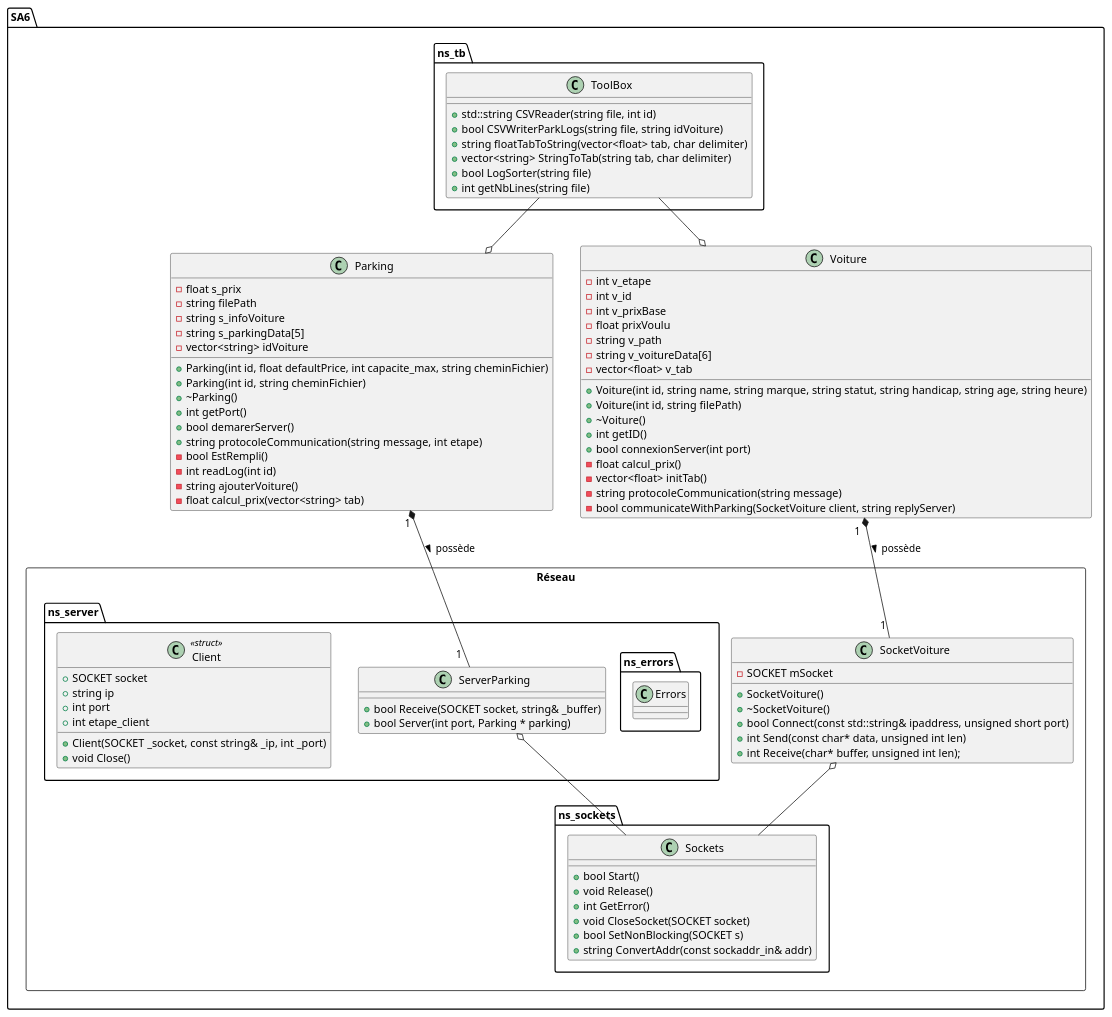
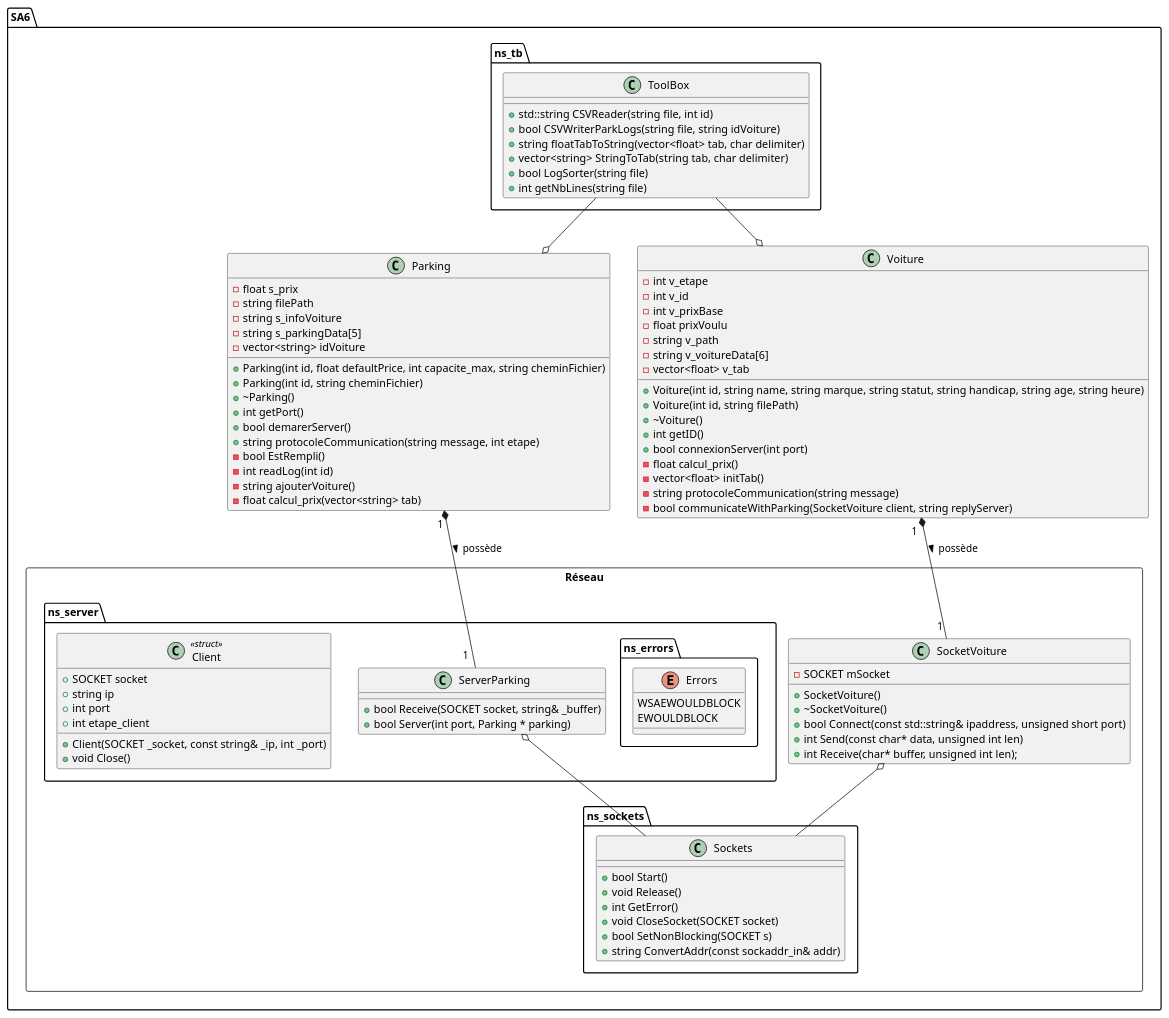
Before and after one commit to KevinFroissart/SA6_CarPark_AI: the diagram in SA6/doc/uml.plantuml, drawn with PlantUML. The commit also changed 2 other files, not shown here.

Commit message:
update uml

```diff
--- a/SA6/doc/uml.plantuml
+++ b/SA6/doc/uml.plantuml
@@ -1,115 +1,116 @@
 @startuml SA6_uml
 
 package SA6 {
 
     package ns_tb {
         class ToolBox {
             + std::string CSVReader(string file, int id)
             + bool CSVWriterParkLogs(string file, string idVoiture)
             + string floatTabToString(vector<float> tab, char delimiter)
             + vector<string> StringToTab(string tab, char delimiter)
             + bool LogSorter(string file)
             + int getNbLines(string file)
         }
     }
     
     class Parking {
         - float s_prix
         - string filePath
         - string s_infoVoiture
         - string s_parkingData[5]
         - vector<string> idVoiture
 
         + Parking(int id, float defaultPrice, int capacite_max, string cheminFichier)
         + Parking(int id, string cheminFichier)
         + ~Parking()
         + int getPort()
         + bool demarerServer()
         + string protocoleCommunication(string message, int etape)
         - bool EstRempli()
         - int readLog(int id)
         - string ajouterVoiture()
         - float calcul_prix(vector<string> tab)
     }
 
     Class Voiture {
         - int v_etape
         - int v_id
         - int v_prixBase
         - float prixVoulu
         - string v_path
         - string v_voitureData[6]
         - vector<float> v_tab
 
         + Voiture(int id, string name, string marque, string statut, string handicap, string age, string heure)
         + Voiture(int id, string filePath)
         + ~Voiture()
         + int getID()
         + bool connexionServer(int port)
         - float calcul_prix()
         - vector<float> initTab()
         - string protocoleCommunication(string message)
         - bool communicateWithParking(SocketVoiture client, string replyServer)
     }
 
     package Réseau <<Rectangle>> {
 
         package ns_server {
             Class ServerParking {
                 + bool Receive(SOCKET socket, string& _buffer)
                 + bool Server(int port, Parking * parking)
             }
 
             package ns_errors {
-                Class Errors {
-
+                enum Errors {
+                    WSAEWOULDBLOCK
+                    EWOULDBLOCK
                 }
             }
 
             Class Client << struct >> {
                 + SOCKET socket
 	            + string ip
 	            + int port
 	            + int etape_client
 
 	            + Client(SOCKET _socket, const string& _ip, int _port)
                 + void Close()
             }
         }
 
         Class SocketVoiture {
             - SOCKET mSocket
 
             + SocketVoiture()
             + ~SocketVoiture()
             + bool Connect(const std::string& ipaddress, unsigned short port)
             + int Send(const char* data, unsigned int len)
             + int Receive(char* buffer, unsigned int len);	
         }
 
         package ns_sockets{
 
             Class Sockets {
 
                 + bool Start()
                 + void Release()
                 + int GetError()
                 + void CloseSocket(SOCKET socket)
                 + bool SetNonBlocking(SOCKET s)
                 + string ConvertAddr(const sockaddr_in& addr)    
             }
         }
     }
 }
 
 ToolBox --o Voiture
 ToolBox --o Parking
 
 Parking "1 " *-- "1  " ServerParking : > possède
 Voiture "1  " *-- "1 " SocketVoiture : possède >
 
 SocketVoiture o-- Sockets
 ServerParking o-- Sockets
 
 
 @enduml
```
